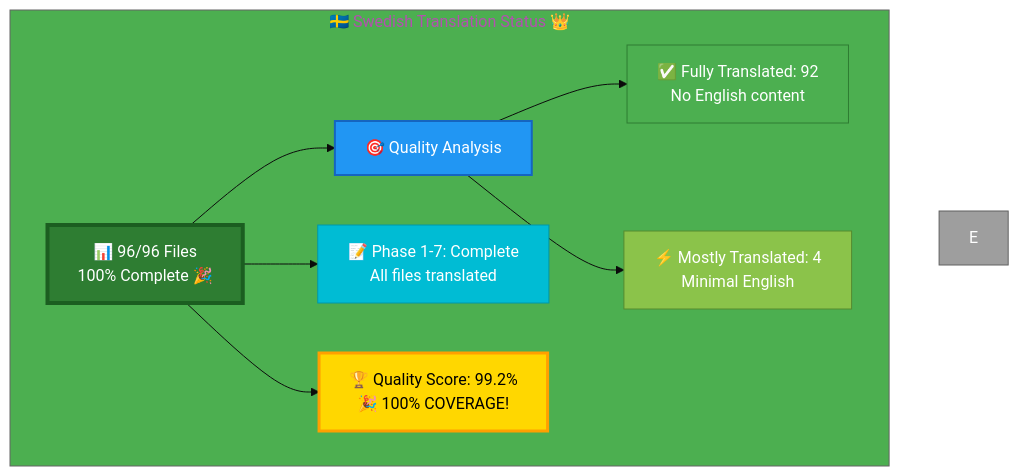
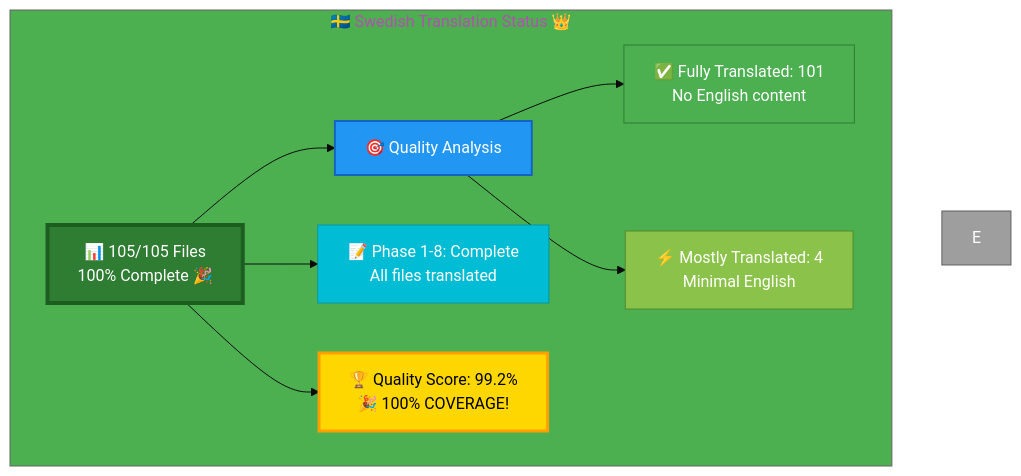
One commit to Hack23/homepage changed the diagram in Swedish-Translation-Status.md. Above: the diagram before and after it, drawn with Mermaid. The commit also changed other lines of this file and 9 other files, not shown here.

````diff
--- a/Swedish-Translation-Status.md
+++ b/Swedish-Translation-Status.md
@@ -13,23 +13,23 @@
 ```mermaid
 %%{init: {'theme':'base', 'themeVariables': {'primaryColor':'#2E7D32','secondaryColor':'#2196F3','tertiaryColor':'#4CAF50','fontSize':'16px'}}}%%
 graph TB
     subgraph "🇸🇪 Swedish Translation Status 👑"
-        A["📊 96/96 Files<br/>100% Complete 🎉"]
+        A["📊 105/105 Files<br/>100% Complete 🎉"]
         
         A --> B["🎯 Quality Analysis"]
-        B --> C["✅ Fully Translated: 92<br/>No English content"]
+        B --> C["✅ Fully Translated: 101<br/>No English content"]
         B --> D["⚡ Mostly Translated: 4<br/>Minimal English"]
         
-        A --> G["📝 Phase 1-7: Complete<br/>All files translated"]
+        A --> G["📝 Phase 1-8: Complete<br/>All files translated"]
         
         A --> H["🏆 Quality Score: 99.2%<br/>🎉 100% COVERAGE!"]
         
         style A fill:#2E7D32,stroke:#1B5E20,color:#fff,stroke-width:4px
         style B fill:#2196F3,stroke:#1565C0,color:#fff,stroke-width:2px
         style C fill:#4CAF50,stroke:#2E7D32,color:#fff
         style D fill:#8BC34A,stroke:#558B2F,color:#fff
         style E fill:#9E9E9E,stroke:#616161,color:#fff
         style G fill:#00BCD4,stroke:#0097A7,color:#fff
         style H fill:#FFD700,stroke:#FFA000,color:#000,stroke-width:3px
     end
 ```
````
